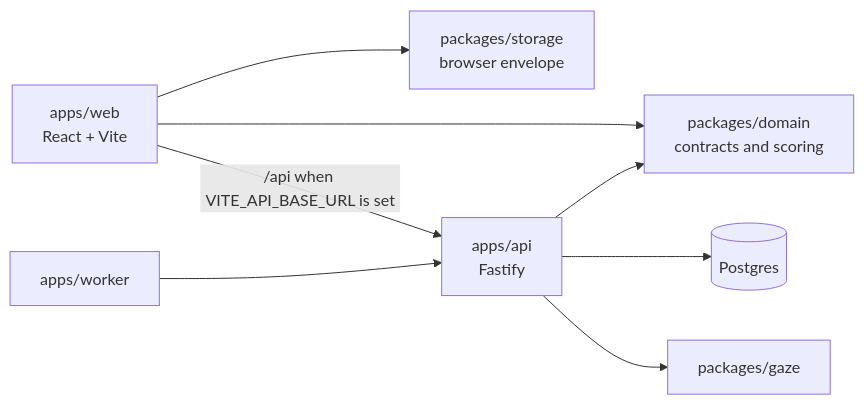
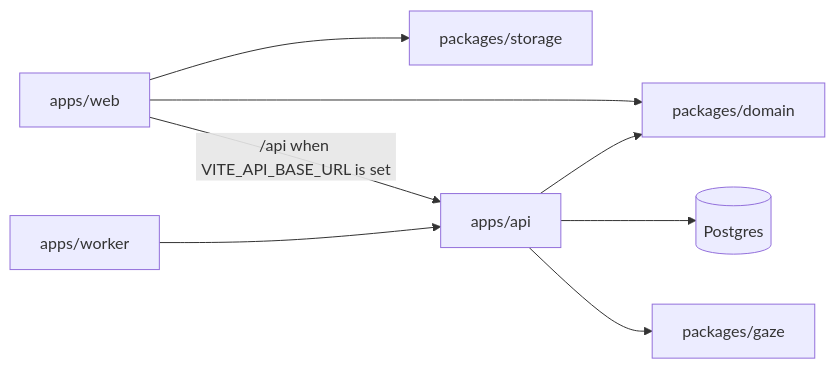
One commit to SirBastion2/NeuroVision-app changed the diagram in README.md. Above: the diagram before and after it, drawn with Mermaid. The commit also changed other lines of this file, not shown here.

````diff
--- a/README.md
+++ b/README.md
@@ -164,18 +155,18 @@
 ```mermaid
 flowchart LR
-  web["apps/web<br/>React + Vite"]
-  domain["packages/domain<br/>contracts and scoring"]
-  storage["packages/storage<br/>browser envelope"]
-  api["apps/api<br/>Fastify"]
+  web["apps/web"]
+  domain["packages/domain"]
+  storage["packages/storage"]
+  api["apps/api"]
   worker["apps/worker"]
   gaze["packages/gaze"]
   pg[(Postgres)]
 
   web --> domain
   web --> storage
   web -->|"/api when VITE_API_BASE_URL is set"| api
   api --> domain
   api --> pg
   worker --> api
   api --> gaze
 ```
````
